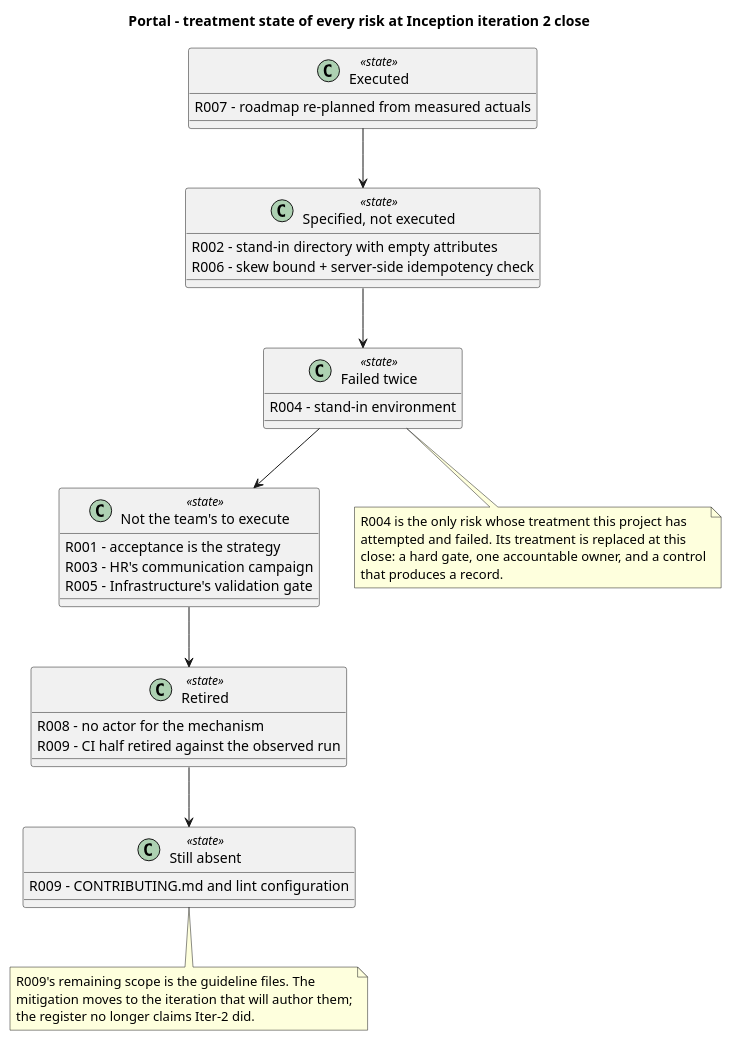
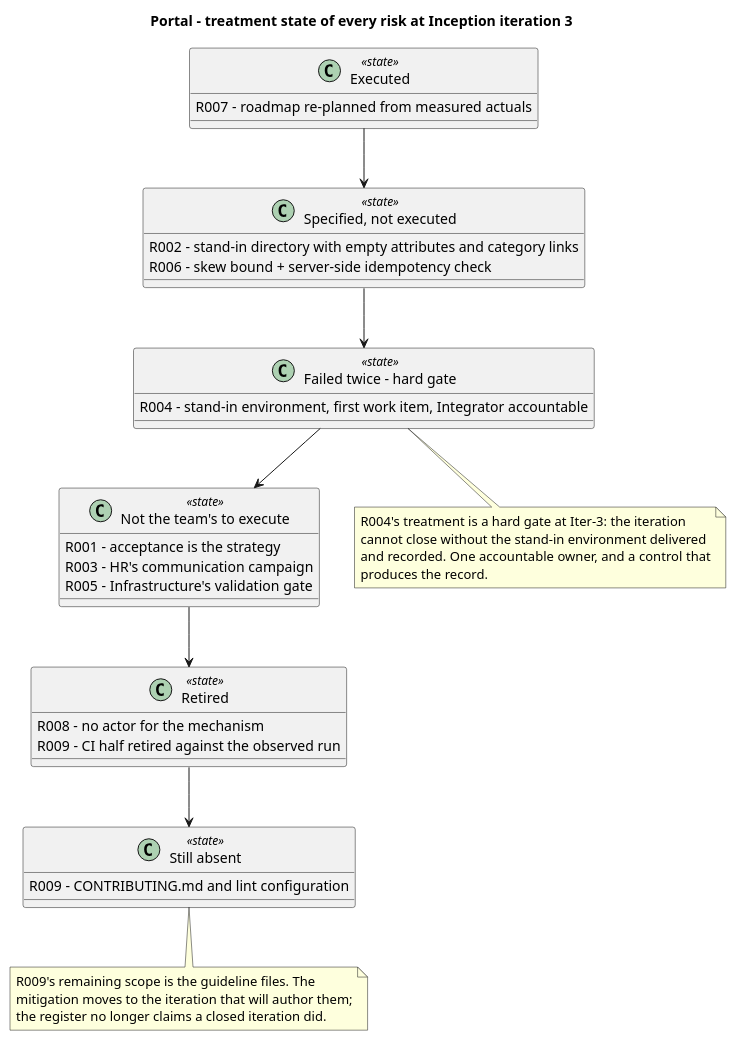
Before and after one commit to banense-test/portal: the fourth of 4 diagrams in docs/artifacts/project-management/risk-list.md, drawn with PlantUML. The commit also changed other lines of this file, not shown here.

First line of the commit message:
Project Manager [I3]: upsert Risk List

````diff
--- a/docs/artifacts/project-management/risk-list.md
+++ b/docs/artifacts/project-management/risk-list.md
@@ -328,47 +322,47 @@
 ```plantuml
-@startuml RiskTreatmentState_Iter2
-title Portal - treatment state of every risk at Inception iteration 2 close
+@startuml RiskTreatmentState_Iter3
+title Portal - treatment state of every risk at Inception iteration 3
 skinparam classAttributeIconSize 0
 
 class "Executed" as EX <<state>> {
   R007 - roadmap re-planned from measured actuals
 }
 class "Specified, not executed" as SP <<state>> {
-  R002 - stand-in directory with empty attributes
+  R002 - stand-in directory with empty attributes and category links
   R006 - skew bound + server-side idempotency check
 }
-class "Failed twice" as FA <<state>> {
-  R004 - stand-in environment
+class "Failed twice - hard gate" as FA <<state>> {
+  R004 - stand-in environment, first work item, Integrator accountable
 }
 class "Not the team's to execute" as NT <<state>> {
   R001 - acceptance is the strategy
   R003 - HR's communication campaign
   R005 - Infrastructure's validation gate
 }
 class "Retired" as RE <<state>> {
   R008 - no actor for the mechanism
   R009 - CI half retired against the observed run
 }
 class "Still absent" as SA <<state>> {
   R009 - CONTRIBUTING.md and lint configuration
 }
 
 EX --> SP
 SP --> FA
 FA --> NT
 NT --> RE
 RE --> SA
 
 note bottom of FA
-  R004 is the only risk whose treatment this project has
-  attempted and failed. Its treatment is replaced at this
-  close: a hard gate, one accountable owner, and a control
-  that produces a record.
+  R004's treatment is a hard gate at Iter-3: the iteration
+  cannot close without the stand-in environment delivered
+  and recorded. One accountable owner, and a control that
+  produces the record.
 end note
 note bottom of SA
   R009's remaining scope is the guideline files. The
   mitigation moves to the iteration that will author them;
-  the register no longer claims Iter-2 did.
+  the register no longer claims a closed iteration did.
 end note
 @enduml
 ```
````
